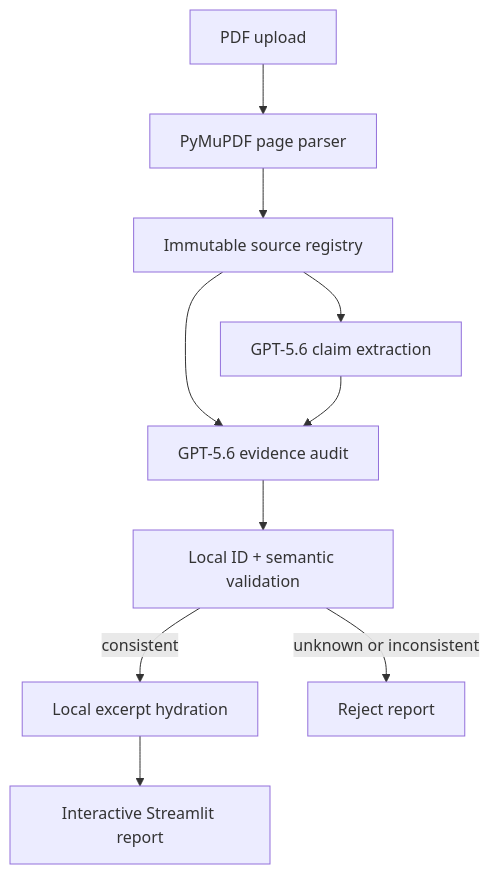
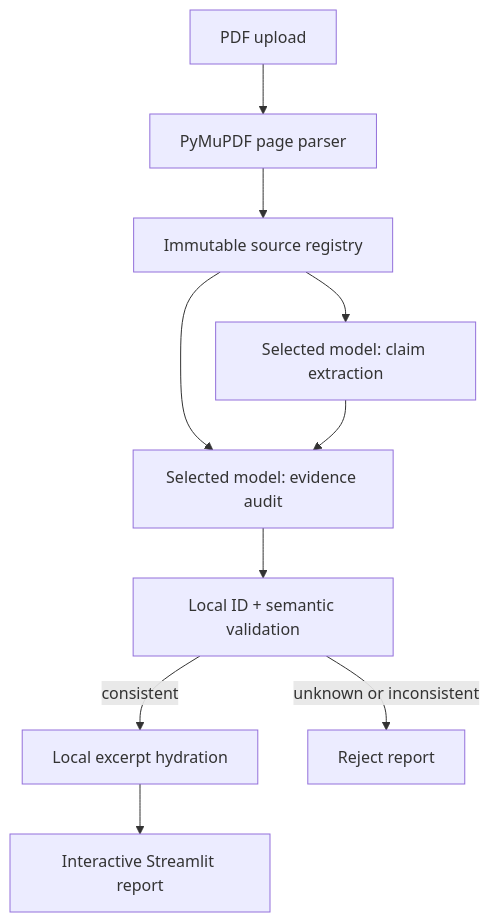
Before and after one commit to Eromec/Claim: the diagram in README.md, drawn with Mermaid. The commit also changed other lines of this file and 6 other files, not shown here.

````diff
--- a/README.md
+++ b/README.md
@@ -39,12 +56,12 @@
 ```mermaid
 flowchart TD
     A["PDF upload"] --> B["PyMuPDF page parser"]
     B --> C["Immutable source registry"]
-    C --> D["GPT-5.6 claim extraction"]
-    C --> E["GPT-5.6 evidence audit"]
+    C --> D["Selected model: claim extraction"]
+    C --> E["Selected model: evidence audit"]
     D --> E
     E --> F["Local ID + semantic validation"]
     F -->|consistent| G["Local excerpt hydration"]
     F -->|unknown or inconsistent| H["Reject report"]
     G --> I["Interactive Streamlit report"]
 ```
````
